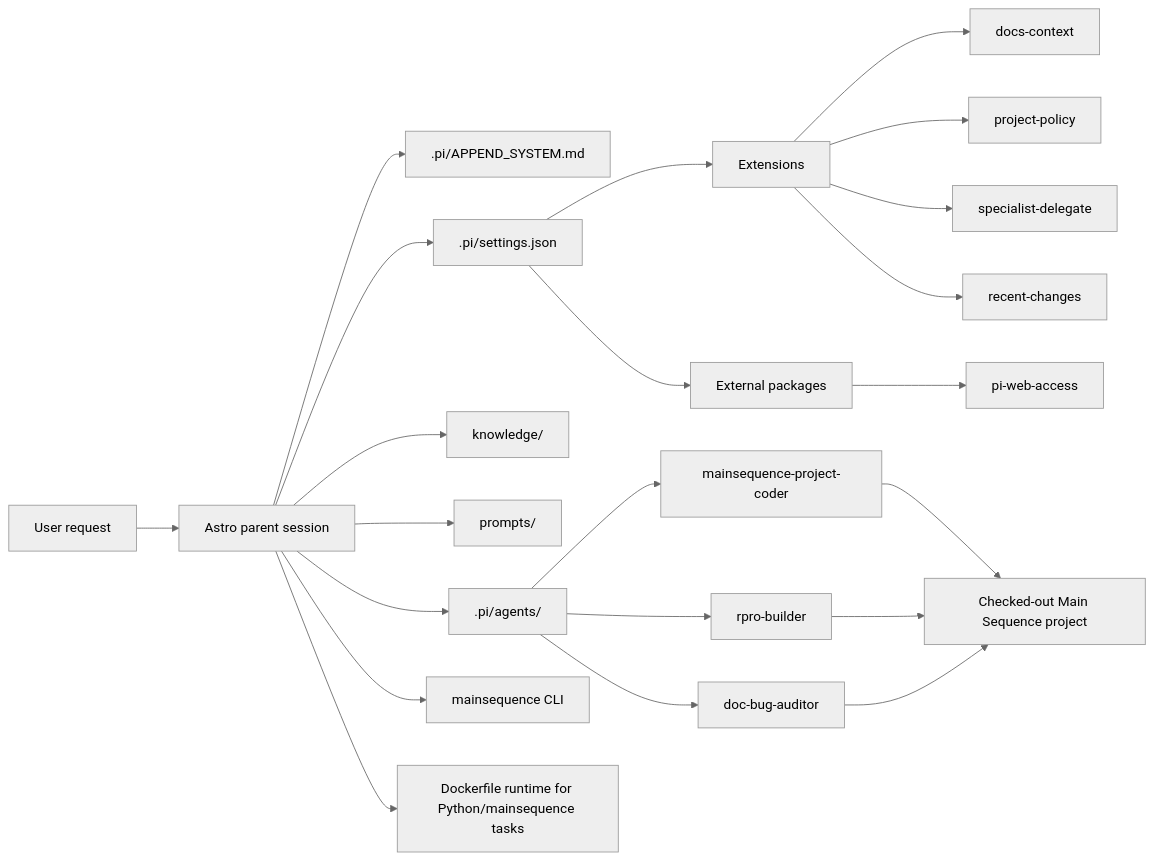
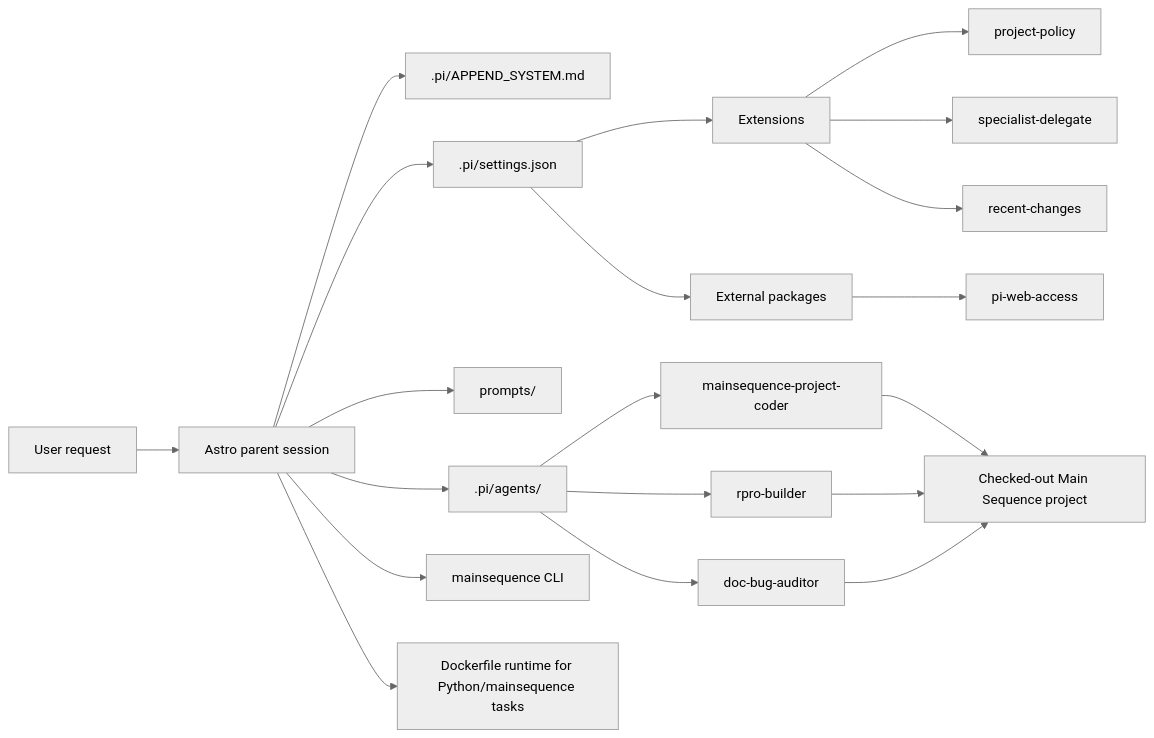
Before and after one commit to mainsequence-sdk/ms-tau-sdk: the diagram in docs/README.md, drawn with Mermaid (neutral theme). The commit also changed other lines of this file and 25 other files, not shown here.

````diff
--- a/docs/README.md
+++ b/docs/README.md
@@ -34,29 +34,27 @@
 ```mermaid
 flowchart LR
     U["User request"] --> P["Astro parent session"]
     P --> SYS[".pi/APPEND_SYSTEM.md"]
     P --> SET[".pi/settings.json"]
     SET --> EXT["Extensions"]
     SET --> PKG["External packages"]
 
-    EXT --> DC["docs-context"]
     EXT --> PP["project-policy"]
     EXT --> SD["specialist-delegate"]
     EXT --> RC["recent-changes"]
 
-    P --> KNOW["knowledge/"]
     P --> PROMPTS["prompts/"]
     P --> AGENTS[".pi/agents/"]
     P --> CLI["mainsequence CLI"]
 
     AGENTS --> CODER["mainsequence-project-coder"]
     AGENTS --> BUILDER["rpro-builder"]
     AGENTS --> AUDITOR["doc-bug-auditor"]
 
     CODER --> TARGET["Checked-out Main Sequence project"]
     BUILDER --> TARGET
     AUDITOR --> TARGET
 
     PKG --> WEB["pi-web-access"]
     P --> DOCKER["Dockerfile runtime for Python/mainsequence tasks"]
 ```
````
